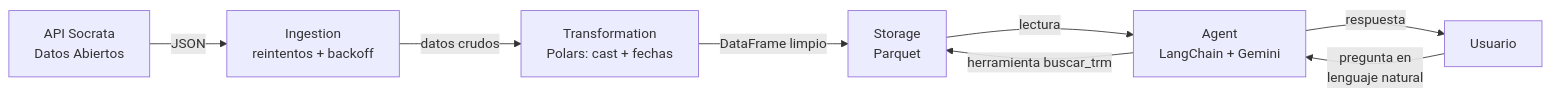
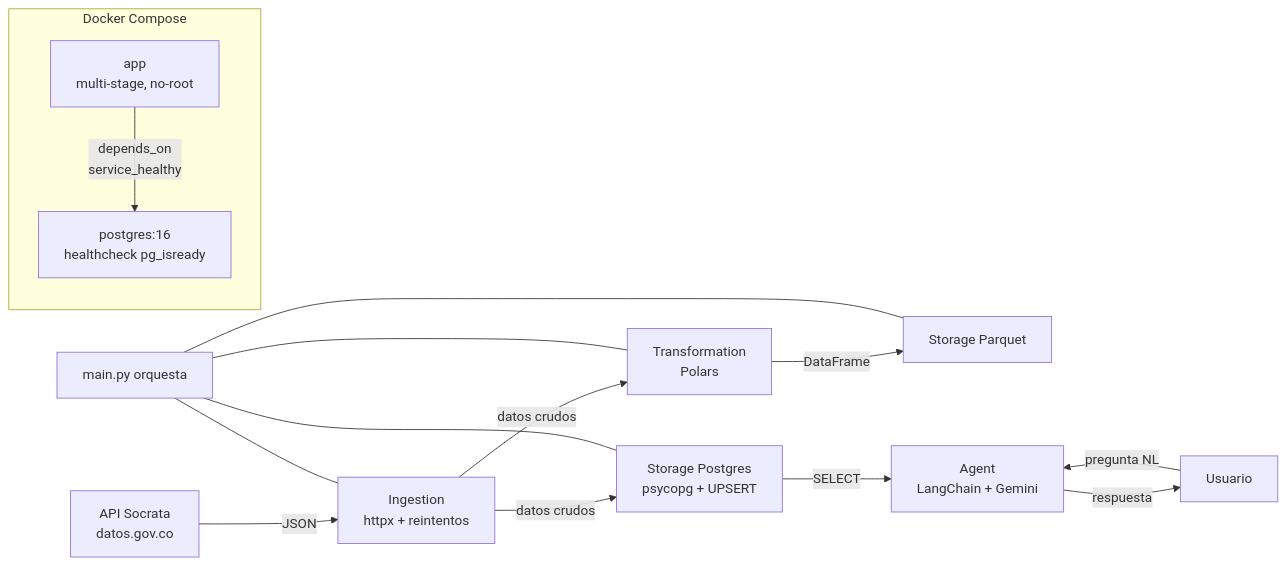
The diagram in README.md (JOSHUETDAVID/finsight), drawn with Mermaid before and after one commit. The commit also changed other lines of this file and 2 other files, not shown here.

````diff
--- a/README.md
+++ b/README.md
@@ -19,10 +15,20 @@
 ```mermaid
 flowchart LR
-    A[API Socrata<br/>Datos Abiertos] -->|JSON| B[Ingestion<br/>reintentos + backoff]
-    B -->|datos crudos| C[Transformation<br/>Polars: cast + fechas]
-    C -->|DataFrame limpio| D[Storage<br/>Parquet]
-    D -->|lectura| E[Agent<br/>LangChain + Gemini]
-    F[Usuario] -->|pregunta en<br/>lenguaje natural| E
-    E -->|herramienta buscar_trm| D
-    E -->|respuesta| F
+    A[API Socrata<br/>datos.gov.co] -->|JSON| B[Ingestion<br/>httpx + reintentos]
+    B -->|datos crudos| C[Transformation<br/>Polars]
+    B -->|datos crudos| D[Storage Postgres<br/>psycopg + UPSERT]
+    C -->|DataFrame| E[Storage Parquet]
+    F[main.py orquesta] --- B
+    F --- C
+    F --- D
+    F --- E
+    D -->|SELECT| G[Agent<br/>LangChain + Gemini]
+    H[Usuario] -->|pregunta NL| G
+    G -->|respuesta| H
+
+    subgraph docker[Docker Compose]
+        I[postgres:16<br/>healthcheck pg_isready]
+        J[app<br/>multi-stage, no-root]
+        J -->|depends_on<br/>service_healthy| I
+    end
 ```
````
